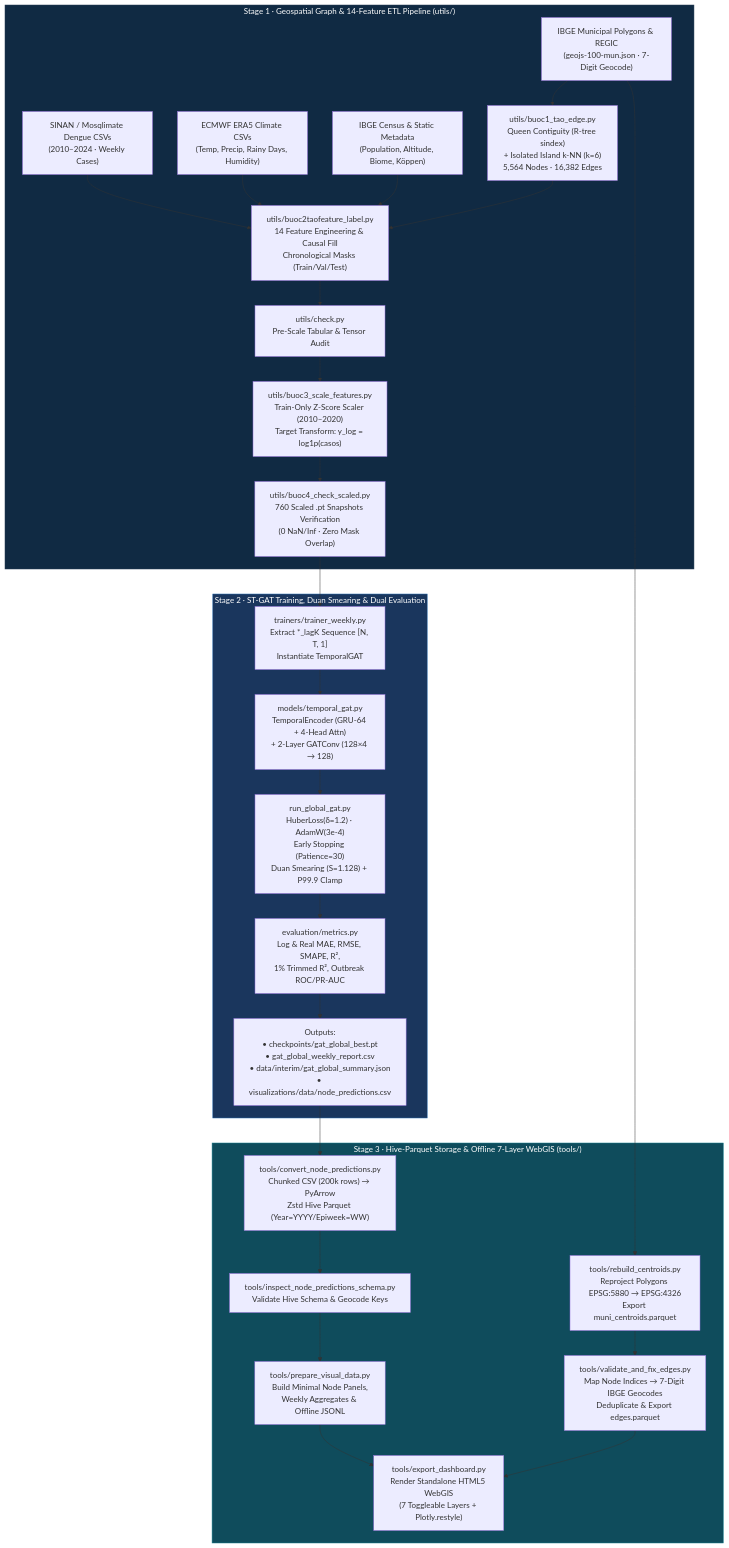
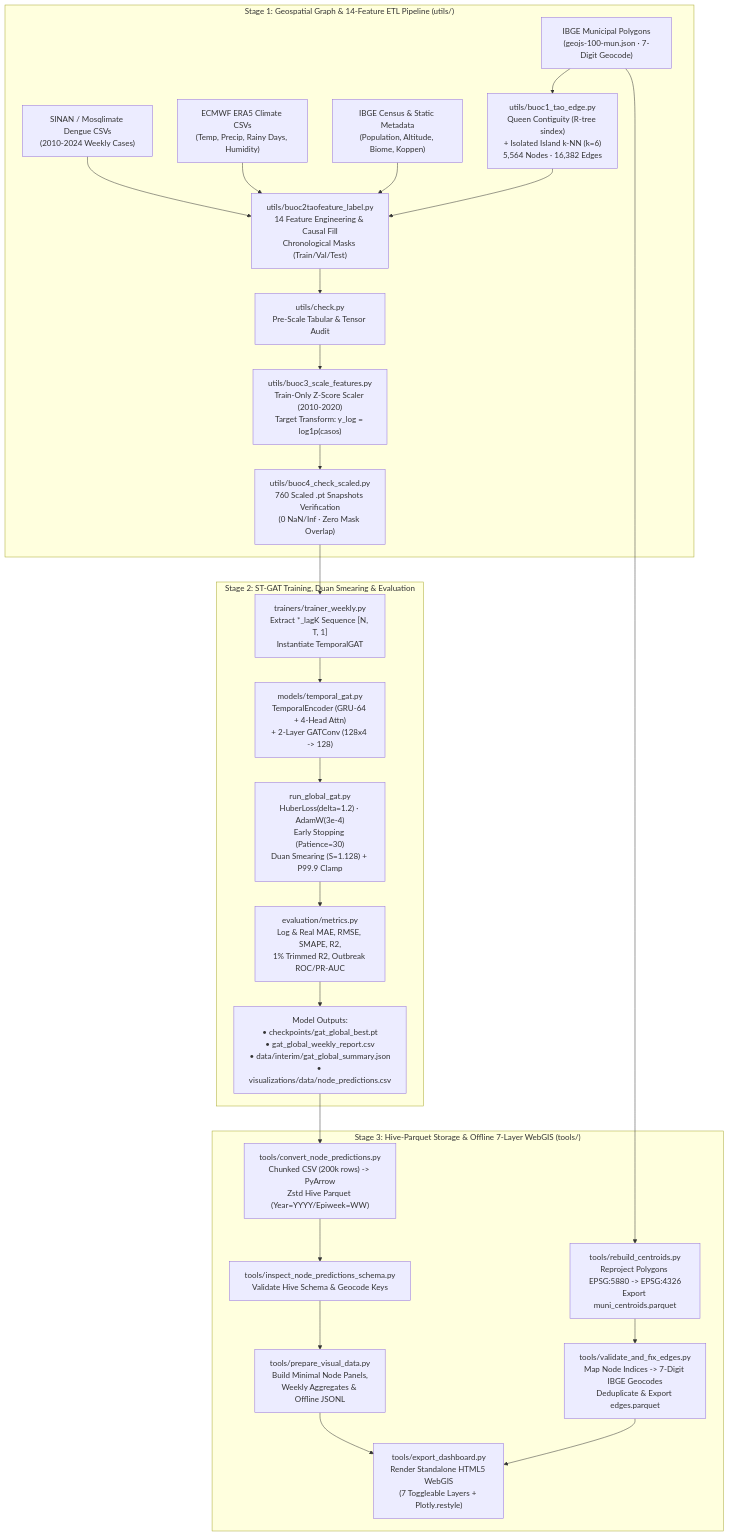
One commit to danielhuynh-04/dengue-forecasting-gnns changed the first of 2 diagrams in README.md. Above: the diagram before and after it, drawn with Mermaid. The commit also changed other lines of this file and 3 other files, not shown here.

Commit message:
fix(readme): fix Mermaid arrow contrast, MathJax block rendering, and remove redundant links

````diff
--- a/README.md
+++ b/README.md
@@ -67,45 +66,55 @@
 ```mermaid
 flowchart TD
-    subgraph STAGE1 ["Stage 1 · Geospatial Graph & 14-Feature ETL Pipeline (utils/)"]
-        RAW1["SINAN / Mosqlimate Dengue CSVs\n(2010–2024 · Weekly Cases)"]
-        RAW2["ECMWF ERA5 Climate CSVs\n(Temp, Precip, Rainy Days, Humidity)"]
-        RAW3["IBGE Census & Static Metadata\n(Population, Altitude, Biome, Köppen)"]
-        RAW4["IBGE Municipal Polygons & REGIC\n(geojs-100-mun.json · 7-Digit Geocode)"]
+    subgraph S1 ["Stage 1: Geospatial Graph & 14-Feature ETL Pipeline (utils/)"]
+        R1["SINAN / Mosqlimate Dengue CSVs<br/>(2010-2024 Weekly Cases)"]
+        R2["ECMWF ERA5 Climate CSVs<br/>(Temp, Precip, Rainy Days, Humidity)"]
+        R3["IBGE Census & Static Metadata<br/>(Population, Altitude, Biome, Koppen)"]
+        R4["IBGE Municipal Polygons<br/>(geojs-100-mun.json · 7-Digit Geocode)"]
 
-        U1["utils/buoc1_tao_edge.py\nQueen Contiguity (R-tree sindex)\n+ Isolated Island k-NN (k=6)\n5,564 Nodes · 16,382 Edges"]
-        U2["utils/buoc2taofeature_label.py\n14 Feature Engineering & Causal Fill\nChronological Masks (Train/Val/Test)"]
-        U2B["utils/check.py\nPre-Scale Tabular & Tensor Audit"]
-        U3["utils/buoc3_scale_features.py\nTrain-Only Z-Score Scaler (2010–2020)\nTarget Transform: y_log = log1p(casos)"]
-        U4["utils/buoc4_check_scaled.py\n760 Scaled .pt Snapshots Verification\n(0 NaN/Inf · Zero Mask Overlap)"]
+        U1["utils/buoc1_tao_edge.py<br/>Queen Contiguity (R-tree sindex)<br/>+ Isolated Island k-NN (k=6)<br/>5,564 Nodes · 16,382 Edges"]
+        U2["utils/buoc2taofeature_label.py<br/>14 Feature Engineering & Causal Fill<br/>Chronological Masks (Train/Val/Test)"]
+        U2B["utils/check.py<br/>Pre-Scale Tabular & Tensor Audit"]
+        U3["utils/buoc3_scale_features.py<br/>Train-Only Z-Score Scaler (2010-2020)<br/>Target Transform: y_log = log1p(casos)"]
+        U4["utils/buoc4_check_scaled.py<br/>760 Scaled .pt Snapshots Verification<br/>(0 NaN/Inf · Zero Mask Overlap)"]
 
-        RAW4 --> U1
-        RAW1 & RAW2 & RAW3 & U1 --> U2 --> U2B --> U3 --> U4
+        R4 --> U1
+        R1 --> U2
+        R2 --> U2
+        R3 --> U2
+        U1 --> U2
+        U2 --> U2B
+        U2B --> U3
+        U3 --> U4
     end
 
-    subgraph STAGE2 ["Stage 2 · ST-GAT Training, Duan Smearing & Dual Evaluation"]
-        M1["trainers/trainer_weekly.py\nExtract *_lagK Sequence [N, T, 1]\nInstantiate TemporalGAT"]
-        M2["models/temporal_gat.py\nTemporalEncoder (GRU-64 + 4-Head Attn)\n+ 2-Layer GATConv (128×4 → 128)"]
-        M3["run_global_gat.py\nHuberLoss(δ=1.2) · AdamW(3e-4)\nEarly Stopping (Patience=30)\nDuan Smearing (S=1.128) + P99.9 Clamp"]
-        M4["evaluation/metrics.py\nLog & Real MAE, RMSE, SMAPE, R²,\n1% Trimmed R², Outbreak ROC/PR-AUC"]
-        OUT_M["Outputs:\n• checkpoints/gat_global_best.pt\n• gat_global_weekly_report.csv\n• data/interim/gat_global_summary.json\n• visualizations/data/node_predictions.csv"]
+    subgraph S2 ["Stage 2: ST-GAT Training, Duan Smearing & Evaluation"]
+        M1["trainers/trainer_weekly.py<br/>Extract *_lagK Sequence [N, T, 1]<br/>Instantiate TemporalGAT"]
+        M2["models/temporal_gat.py<br/>TemporalEncoder (GRU-64 + 4-Head Attn)<br/>+ 2-Layer GATConv (128x4 -> 128)"]
+        M3["run_global_gat.py<br/>HuberLoss(delta=1.2) · AdamW(3e-4)<br/>Early Stopping (Patience=30)<br/>Duan Smearing (S=1.128) + P99.9 Clamp"]
+        M4["evaluation/metrics.py<br/>Log & Real MAE, RMSE, SMAPE, R2,<br/>1% Trimmed R2, Outbreak ROC/PR-AUC"]
+        OUT_M["Model Outputs:<br/>• checkpoints/gat_global_best.pt<br/>• gat_global_weekly_report.csv<br/>• data/interim/gat_global_summary.json<br/>• visualizations/data/node_predictions.csv"]
 
-        U4 --> M1 --> M2 --> M3 --> M4 --> OUT_M
+        U4 --> M1
+        M1 --> M2
+        M2 --> M3
+        M3 --> M4
+        M4 --> OUT_M
     end
 
-    subgraph STAGE3 ["Stage 3 · Hive-Parquet Storage & Offline 7-Layer WebGIS (tools/)"]
-        T1["tools/convert_node_predictions.py\nChunked CSV (200k rows) → PyArrow\nZstd Hive Parquet (Year=YYYY/Epiweek=WW)"]
-        T2["tools/inspect_node_predictions_schema.py\nValidate Hive Schema & Geocode Keys"]
-        T3["tools/prepare_visual_data.py\nBuild Minimal Node Panels,\nWeekly Aggregates & Offline JSONL"]
-        T4["tools/rebuild_centroids.py\nReproject Polygons EPSG:5880 → EPSG:4326\nExport muni_centroids.parquet"]
-        T5["tools/validate_and_fix_edges.py\nMap Node Indices → 7-Digit IBGE Geocodes\nDeduplicate & Export edges.parquet"]
-        T6["tools/export_dashboard.py\nRender Standalone HTML5 WebGIS\n(7 Toggleable Layers + Plotly.restyle)"]
+    subgraph S3 ["Stage 3: Hive-Parquet Storage & Offline 7-Layer WebGIS (tools/)"]
+        T1["tools/convert_node_predictions.py<br/>Chunked CSV (200k rows) -> PyArrow<br/>Zstd Hive Parquet (Year=YYYY/Epiweek=WW)"]
+        T2["tools/inspect_node_predictions_schema.py<br/>Validate Hive Schema & Geocode Keys"]
+        T3["tools/prepare_visual_data.py<br/>Build Minimal Node Panels,<br/>Weekly Aggregates & Offline JSONL"]
+        T4["tools/rebuild_centroids.py<br/>Reproject Polygons EPSG:5880 -> EPSG:4326<br/>Export muni_centroids.parquet"]
+        T5["tools/validate_and_fix_edges.py<br/>Map Node Indices -> 7-Digit IBGE Geocodes<br/>Deduplicate & Export edges.parquet"]
+        T6["tools/export_dashboard.py<br/>Render Standalone HTML5 WebGIS<br/>(7 Toggleable Layers + Plotly.restyle)"]
 
-        OUT_M --> T1 --> T2 --> T3
-        RAW4 --> T4 --> T5
-        T3 & T5 --> T6
+        OUT_M --> T1
+        T1 --> T2
+        T2 --> T3
+        R4 --> T4
+        T4 --> T5
+        T3 --> T6
+        T5 --> T6
     end
-
-    style STAGE1 fill:#102a43,color:#fff,stroke:#243b53
-    style STAGE2 fill:#1a365d,color:#fff,stroke:#2b6cb0
-    style STAGE3 fill:#0f4c5c,color:#fff,stroke:#1b7f8e
 ```
````
